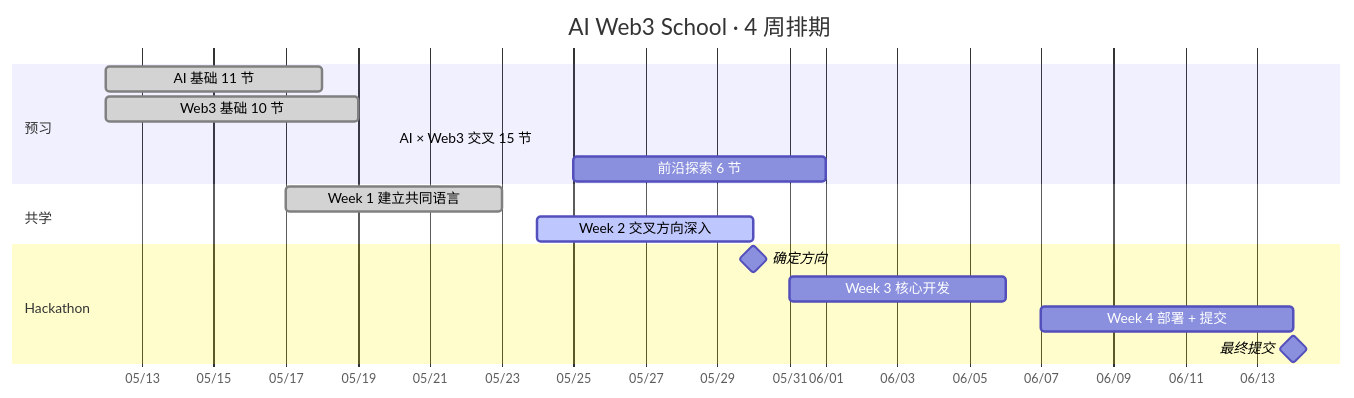
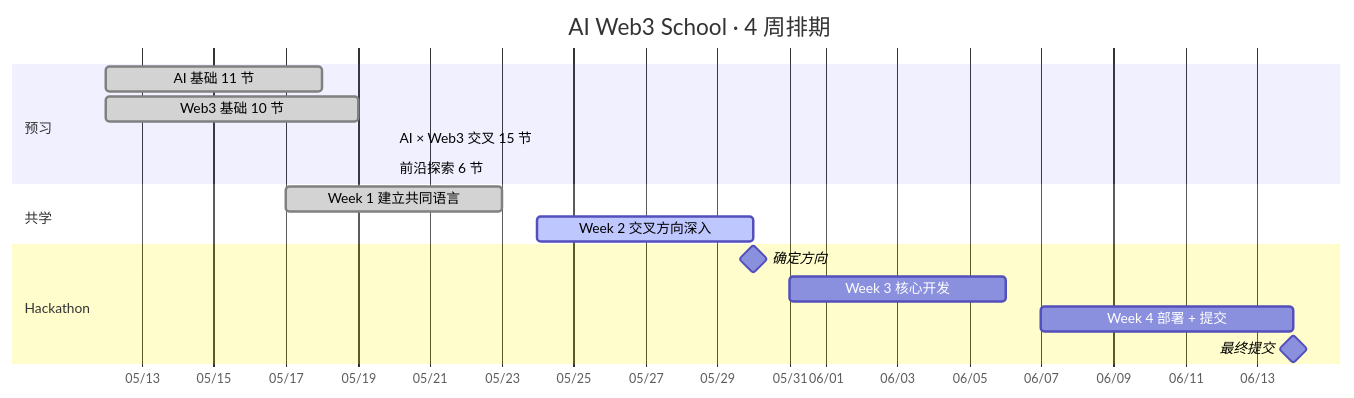
The first of 5 diagrams in README.md (Aafff623/web3career-study-track), drawn with Mermaid before and after one commit. The commit also changed other lines of this file and 14 other files, not shown here.

````diff
--- a/README.md
+++ b/README.md
@@ -33,22 +33,22 @@
 ```mermaid
 gantt
     title AI Web3 School · 4 周排期
     dateFormat YYYY-MM-DD
     axisFormat %m/%d
 
     section 预习
     AI 基础 11 节           :done, pre1, 2026-05-12, 2026-05-18
     Web3 基础 10 节         :done, pre2, 2026-05-12, 2026-05-19
     AI × Web3 交叉 15 节    :done, pre3, 2026-05-20, 2026-05-20
-    前沿探索 6 节           :pre4, 2026-05-25, 2026-06-01
+    前沿探索 6 节           :done, pre4, 2026-05-20, 2026-05-20
 
     section 共学
     Week 1 建立共同语言      :done, w1, 2026-05-17, 2026-05-23
     Week 2 交叉方向深入      :active, w2, 2026-05-24, 2026-05-30
 
     section Hackathon
     确定方向                :milestone, m1, 2026-05-30, 0d
     Week 3 核心开发          :h1, 2026-05-31, 2026-06-06
     Week 4 部署 + 提交       :h2, 2026-06-07, 2026-06-14
     最终提交                :milestone, m2, 2026-06-14, 0d
 ```
````
